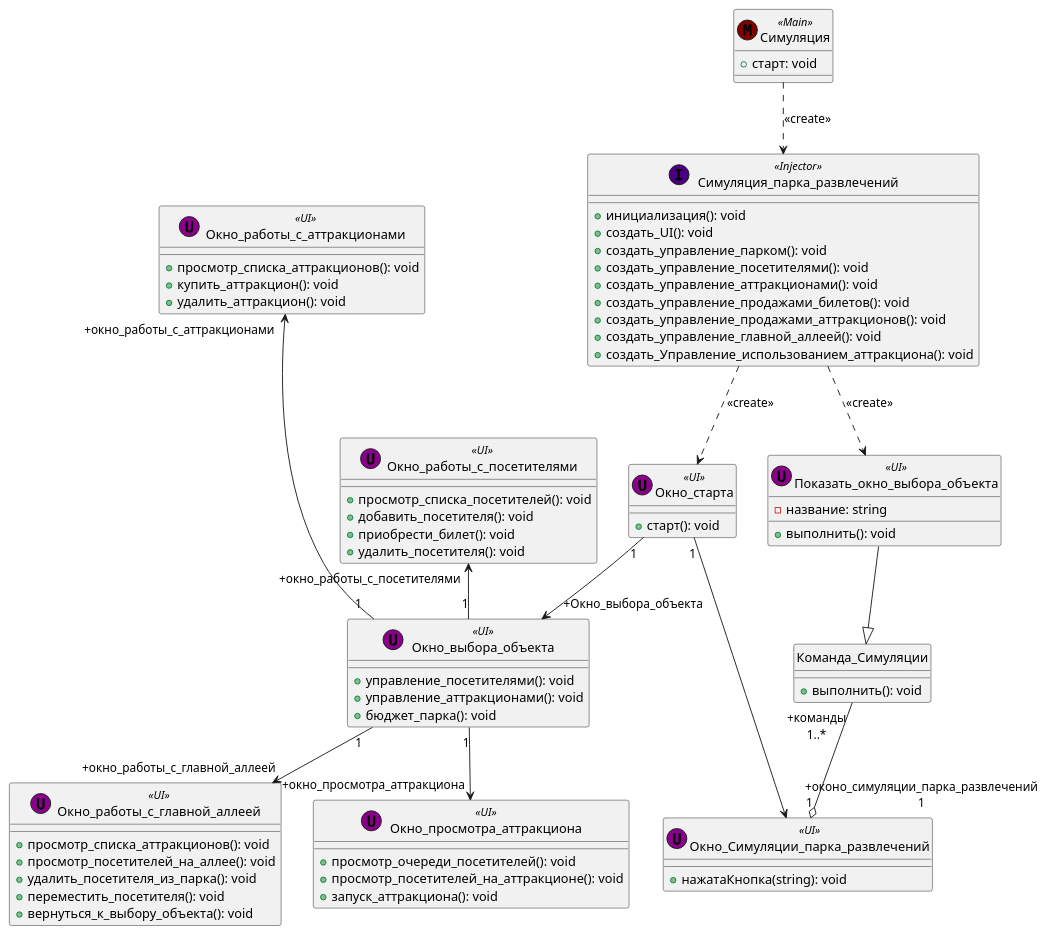
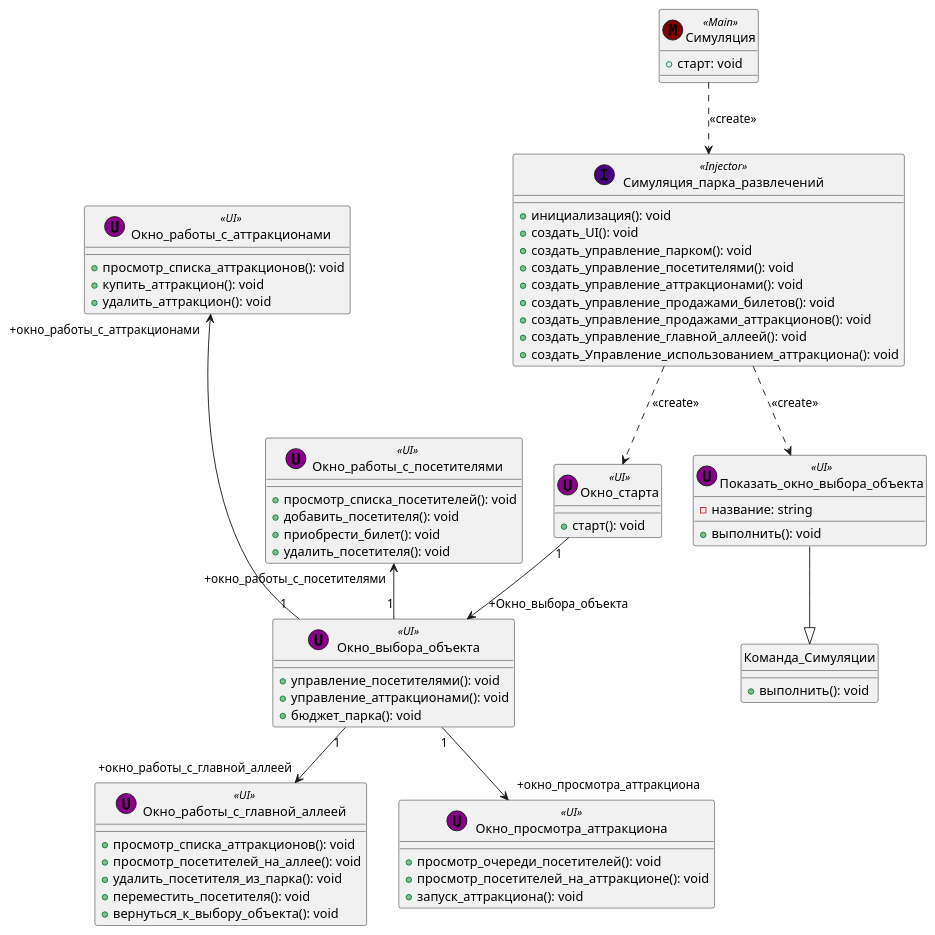
One commit to mzhirko/amusement-park changed the diagram in description/diagrams/diagrams-ru/class/ui-class-shorten-2.wsd. Above: the diagram before and after it, drawn with PlantUML. The commit also changed 10 other files, not shown here.

Commit message:
Made an attempt to fix class dev diagrams

```diff
--- a/description/diagrams/diagrams-ru/class/ui-class-shorten-2.wsd
+++ b/description/diagrams/diagrams-ru/class/ui-class-shorten-2.wsd
@@ -1,88 +1,82 @@
 @startuml
 Симуляция ..> Симуляция_парка_развлечений: <<create>>
 
 class Симуляция << (M,Maroon) Main >> {
 + старт: void
 }
 
 class Симуляция_парка_развлечений << (I,Indigo) Injector >> {
 + инициализация(): void
 + создать_UI(): void
 + создать_управление_парком(): void
 + создать_управление_посетителями(): void
 + создать_управление_аттракционами(): void
 + создать_управление_продажами_билетов(): void
 + создать_управление_продажами_аттракционов(): void
 + создать_управление_главной_аллеей(): void
 + создать_Управление_использованием_аттракциона(): void
 }
 
 class Окно_старта << (U,DarkMagenta) UI>> {
     + старт(): void
 }
 
 class Окно_выбора_объекта << (U,DarkMagenta) UI>> {
     + управление_посетителями(): void
     + управление_аттракционами(): void
     + бюджет_парка(): void
 }
 
 class Окно_работы_с_посетителями << (U,DarkMagenta) UI>> {
     + просмотр_списка_посетителей(): void
     + добавить_посетителя(): void
     + приобрести_билет(): void
     + удалить_посетителя(): void
 
 }
 
 class Окно_работы_с_аттракционами << (U,DarkMagenta) UI>> {
     + просмотр_списка_аттракционов(): void
     + купить_аттракцион(): void
     + удалить_аттракцион(): void
     
 }
 
 class Окно_работы_с_главной_аллеей << (U,DarkMagenta) UI>> {
     + просмотр_списка_аттракционов(): void
     + просмотр_посетителей_на_аллее(): void
     + удалить_посетителя_из_парка(): void
     + переместить_посетителя(): void
     + вернуться_к_выбору_объекта(): void
 
 }
 
 class Окно_просмотра_аттракциона << (U,DarkMagenta) UI>> {
     + просмотр_очереди_посетителей(): void
     + просмотр_посетителей_на_аттракционе(): void
     + запуск_аттракциона(): void
     }
 
 Симуляция_парка_развлечений ..> Окно_старта: <<create>>
 Окно_старта "1" -->" +Окно_выбора_объекта" Окно_выбора_объекта
 Окно_выбора_объекта "1" -up->" +окно_работы_с_посетителями" Окно_работы_с_посетителями
 Окно_выбора_объекта "1" --up->" +окно_работы_с_аттракционами" Окно_работы_с_аттракционами
 Окно_выбора_объекта "1" -->" +окно_работы_с_главной_аллеей" Окно_работы_с_главной_аллеей
 Окно_выбора_объекта "1" -->" +окно_просмотра_аттракциона" Окно_просмотра_аттракциона
 
 class Показать_окно_выбора_объекта << (U,DarkMagenta) UI>> {
     - название: string
     + выполнить(): void
 }
 
 class Команда_Симуляции {
     + выполнить(): void
 }
 
-class Окно_Симуляции_парка_развлечений << (U,DarkMagenta) UI>> {
-    + нажатаКнопка(string): void
-}
-
 hide Команда_Симуляции circle
 
 Симуляция_парка_развлечений ..> Показать_окно_выбора_объекта: <<create>>
 Показать_окно_выбора_объекта --|> Команда_Симуляции
-Команда_Симуляции " +команды\n 1..*" --o "1" Окно_Симуляции_парка_развлечений
-Окно_старта "1" --> " +оконо_симуляции_парка_развлечений\n 1" Окно_Симуляции_парка_развлечений
 
 
 @enduml
```
